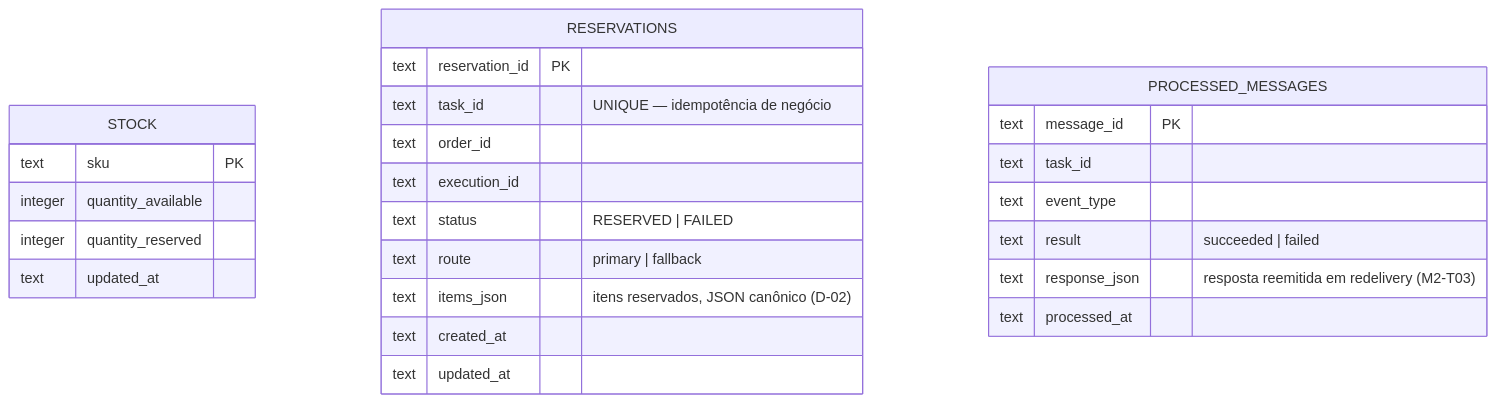
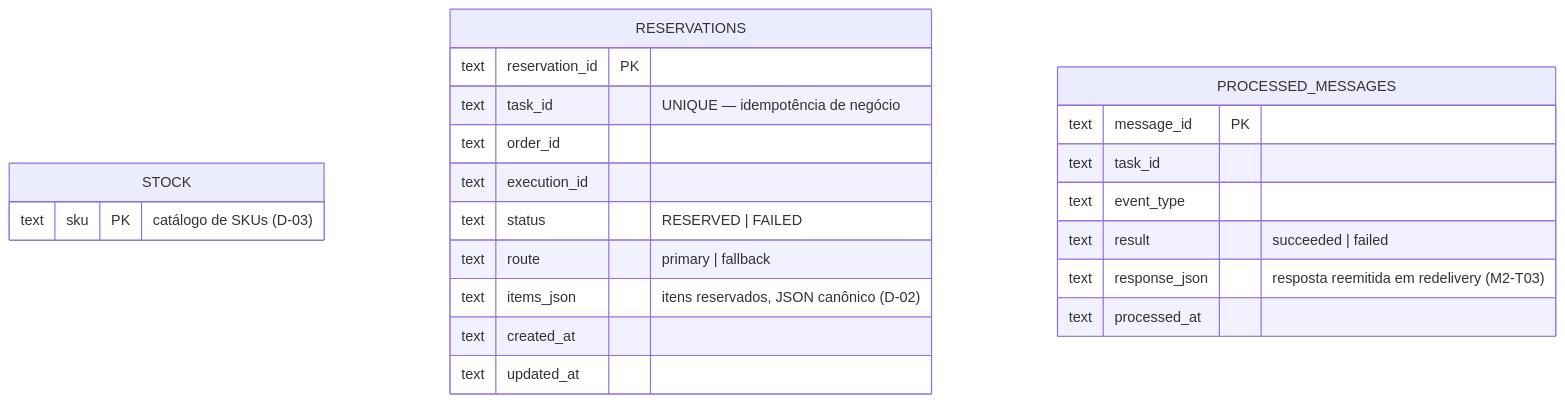
One commit to jorrevicz/rule2llm-orch-lab changed the second of 3 diagrams in docs/08-modelo-de-dados-mer.md. Above: the diagram before and after it, drawn with Mermaid. The commit also changed other lines of this file and 8 other files, not shown here.

````diff
--- a/docs/08-modelo-de-dados-mer.md
+++ b/docs/08-modelo-de-dados-mer.md
@@ -128,30 +128,27 @@
 ```mermaid
 erDiagram
     STOCK {
-        text sku PK
-        integer quantity_available
-        integer quantity_reserved
-        text updated_at
+        text sku PK "catálogo de SKUs (D-03)"
     }
 
     RESERVATIONS {
         text reservation_id PK
         text task_id "UNIQUE — idempotência de negócio"
         text order_id
         text execution_id
         text status "RESERVED | FAILED"
         text route "primary | fallback"
         text items_json "itens reservados, JSON canônico (D-02)"
         text created_at
         text updated_at
     }
 
     PROCESSED_MESSAGES {
         text message_id PK
         text task_id
         text event_type
         text result "succeeded | failed"
         text response_json "resposta reemitida em redelivery (M2-T03)"
         text processed_at
     }
 ```
````
